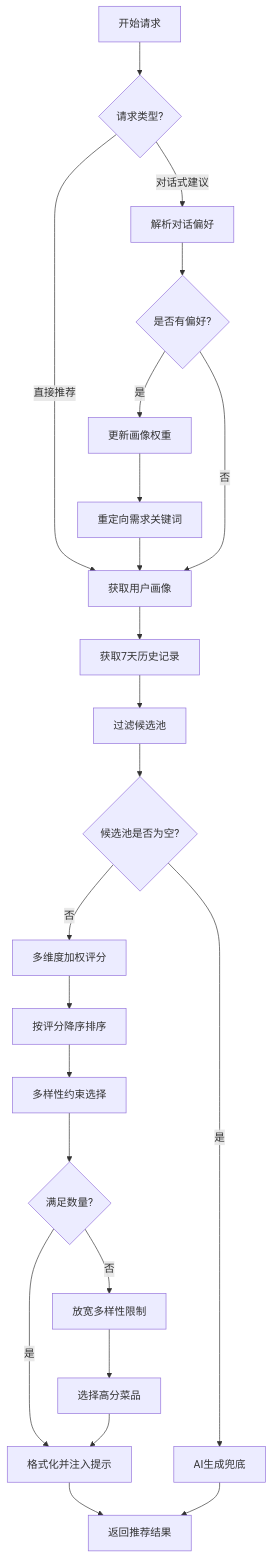
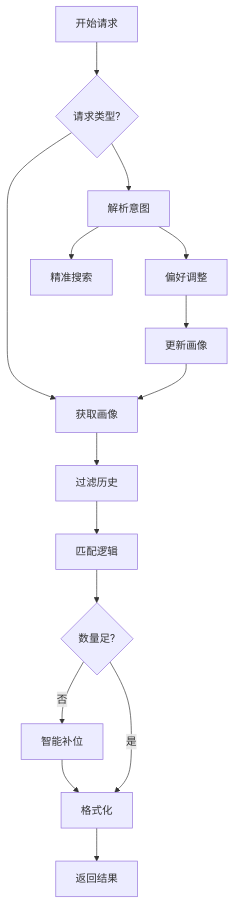
One commit to joyefrck/caipincheck changed the diagram in recommendation_algorithm.md. Above: the diagram before and after it, drawn with Mermaid. The commit also changed other lines of this file and 8 other files, not shown here.

````diff
--- a/recommendation_algorithm.md
+++ b/recommendation_algorithm.md
@@ -19,32 +19,17 @@
 ```mermaid
-flowchart TD
-    Start[开始请求] --> Type{请求类型?}
-    
-    Type -->|直接推荐| GetProfile[获取用户画像]
-    Type -->|对话式建议| ParsePref[解析对话偏好]
-    
-    ParsePref --> HasPref{是否有偏好?}
-    HasPref -->|是| UpdateDB[更新画像权重]
-    UpdateDB --> Redirect[重定向需求关键词]
-    Redirect --> GetProfile
-    HasPref -->|否| GetProfile
-
-    GetProfile --> GetHistory[获取7天历史记录]
-    GetHistory --> FilterCandidates[过滤候选池]
-    
-    FilterCandidates --> CheckEmpty{候选池是否为空?}
-    CheckEmpty -->|是| AI_Fallback[AI生成兜底]
-    CheckEmpty -->|否| Scoring[多维度加权评分]
-    
-    Scoring --> Sort[按评分降序排序]
-    Sort --> DiversityFilter[多样性约束选择]
-    
-    DiversityFilter --> CheckCount{满足数量?}
-    CheckCount -->|否| Relax[放宽多样性限制]
-    Relax --> SelectMore[选择高分菜品]
-    CheckCount -->|是| Format[格式化并注入提示]
-    SelectMore --> Format
-    
-    Format --> Return[返回推荐结果]
-    AI_Fallback --> Return
+graph TD
+A[开始请求] --> B{请求类型?}
+B --> C[获取画像]
+B --> D[解析意图]
+D --> E[精准搜索]
+D --> F[偏好调整]
+F --> G[更新画像]
+G --> C
+C --> H[过滤历史]
+H --> I[匹配逻辑]
+I --> J{数量足?}
+J -->|否| K[智能补位]
+K --> L[格式化]
+J -->|是| L
+L --> M[返回结果]
 ```
````
